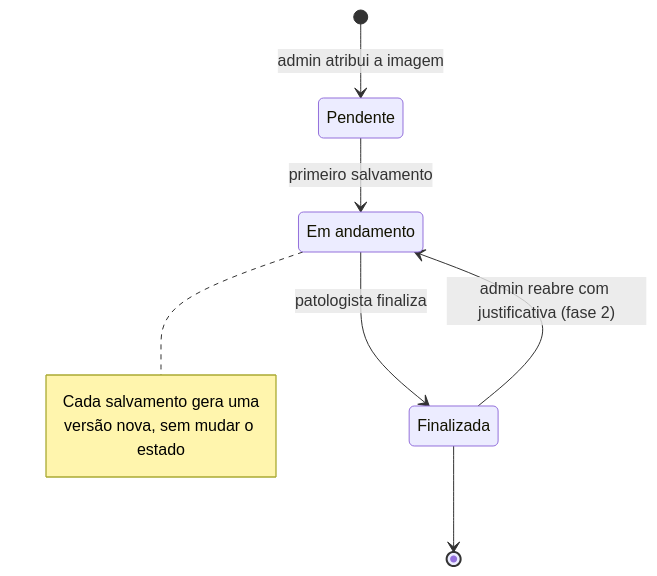
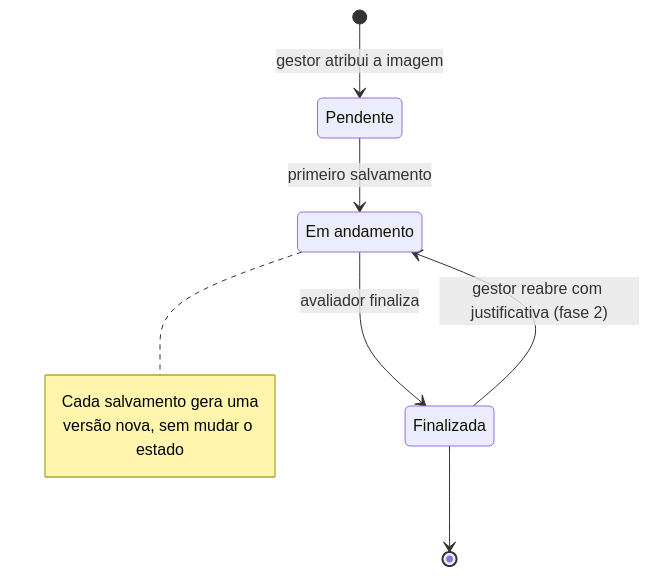
The tenth of 13 diagrams in docs/02-arquitetura.md (Matheus-Lordron/ki67), drawn with Mermaid before and after one commit. The commit also changed other lines of this file and 6 other files, not shown here.

````diff
--- a/docs/02-arquitetura.md
+++ b/docs/02-arquitetura.md
@@ -354,17 +411,17 @@
 ```mermaid
 stateDiagram-v2
     state "Pendente" as PENDENTE
     state "Em andamento" as EM_ANDAMENTO
     state "Finalizada" as FINALIZADA
 
-    [*] --> PENDENTE: admin atribui a imagem
+    [*] --> PENDENTE: gestor atribui a imagem
     PENDENTE --> EM_ANDAMENTO: primeiro salvamento
-    EM_ANDAMENTO --> FINALIZADA: patologista finaliza
-    FINALIZADA --> EM_ANDAMENTO: admin reabre com justificativa (fase 2)
+    EM_ANDAMENTO --> FINALIZADA: avaliador finaliza
+    FINALIZADA --> EM_ANDAMENTO: gestor reabre com justificativa (fase 2)
     FINALIZADA --> [*]
 
     note right of EM_ANDAMENTO
         Cada salvamento gera uma
         versão nova, sem mudar o estado
     end note
 ```
````
